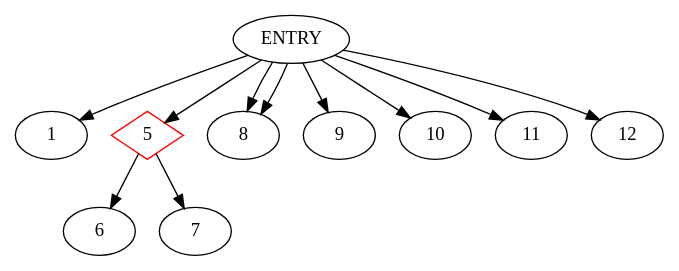
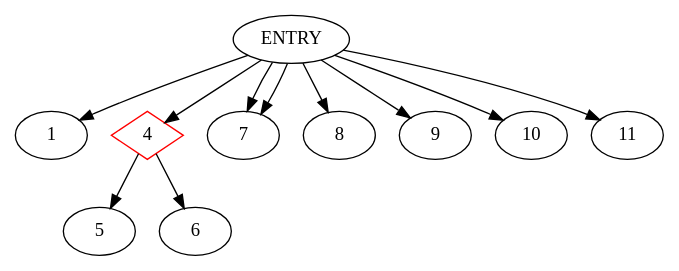
Before and after one commit to akshitij/TestgenRepo: the diagram in Testgen/Testgen_Sonam/Testgen/CDG.dot, drawn with Graphviz. The commit also changed 23 other files, not shown here.

```diff
--- a/Testgen/Testgen_Sonam/Testgen/CDG.dot
+++ b/Testgen/Testgen_Sonam/Testgen/CDG.dot
@@ -1,13 +1,13 @@
 digraph CDG {
 ENTRY -> 1
-5 [shape=diamond, color=red]
-ENTRY -> 5
-5-> 6
-5-> 7
-ENTRY -> 8
+4 [shape=diamond, color=red]
+ENTRY -> 4
+4-> 5
+4-> 6
+ENTRY -> 7
+ENTRY -> 7
 ENTRY -> 8
 ENTRY -> 9
 ENTRY -> 10
 ENTRY -> 11
-ENTRY -> 12
 }
```
